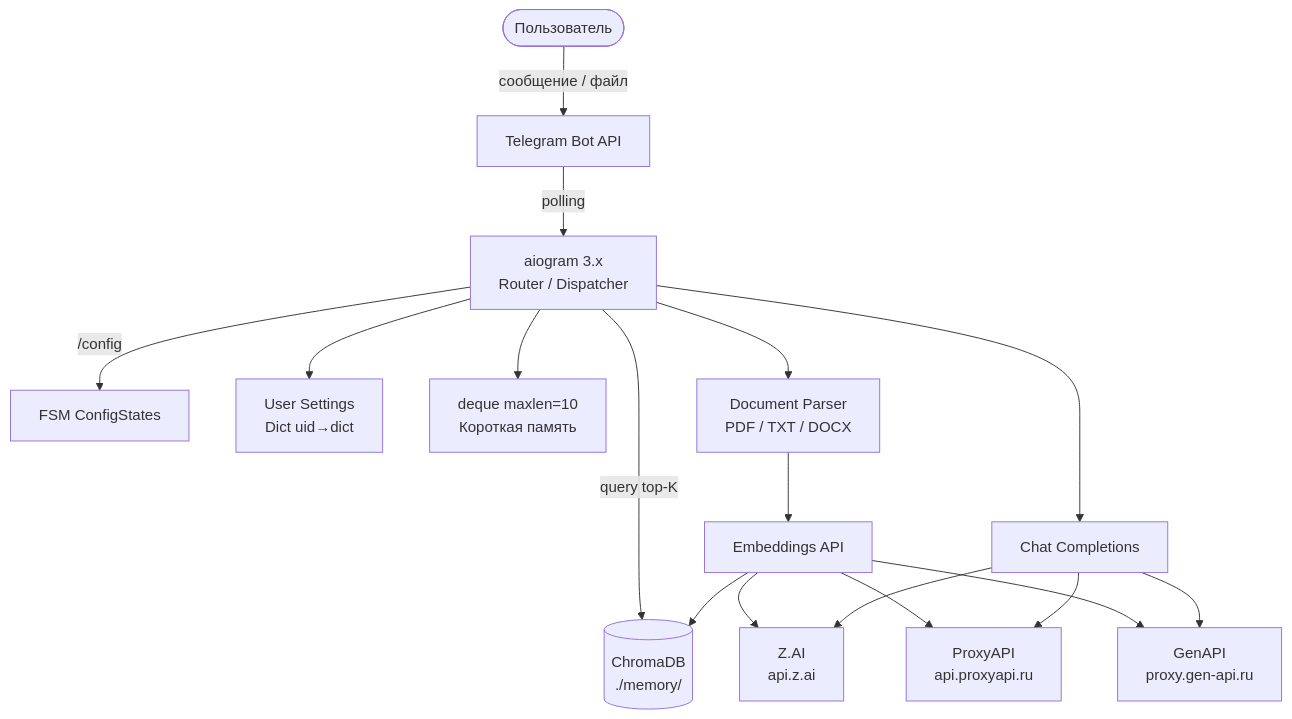
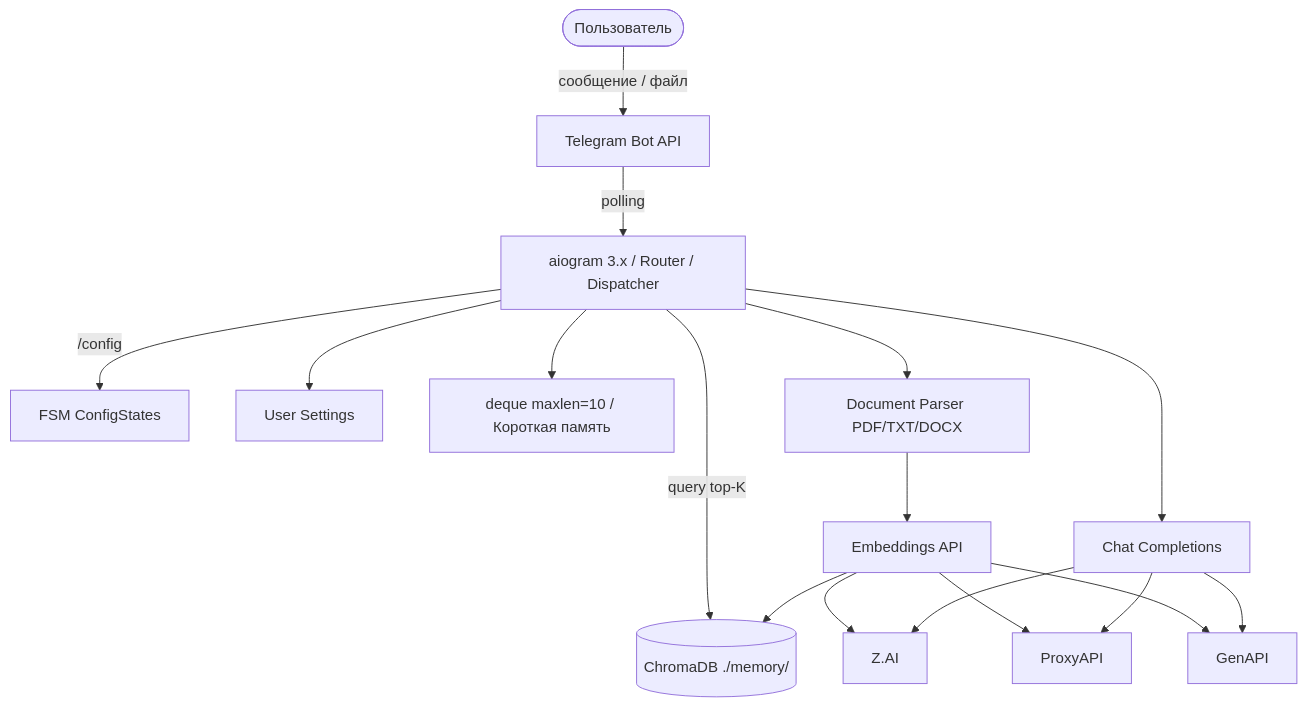
Before and after one commit to MatveiV/ShortLongMemoryBots: the first of 14 diagrams in README.md, drawn with Mermaid.

Commit message:
Fix diagram 1: quote node labels to fix render error

````diff
--- a/README.md
+++ b/README.md
@@ -180,21 +180,21 @@
 ```mermaid
 graph TD
-    User([Пользователь]) -->|сообщение / файл| TG[Telegram Bot API]
-    TG -->|polling| AIOGRAM[aiogram 3.x\nRouter / Dispatcher]
+    User(["Пользователь"]) -->|"сообщение / файл"| TG["Telegram Bot API"]
+    TG -->|polling| AIOGRAM["aiogram 3.x / Router / Dispatcher"]
 
-    AIOGRAM -->|/config| FSM[FSM ConfigStates]
-    AIOGRAM --> SETTINGS[User Settings\nDict uid→dict]
-    AIOGRAM --> DEQUE[deque maxlen=10\nКороткая память]
-    AIOGRAM --> PARSER[Document Parser\nPDF / TXT / DOCX]
-    PARSER --> EMBED[Embeddings API]
-    EMBED --> CHROMA[(ChromaDB\n./memory/)]
-    AIOGRAM -->|query top-K| CHROMA
-    AIOGRAM --> LLM[Chat Completions]
+    AIOGRAM -->|"/config"| FSM["FSM ConfigStates"]
+    AIOGRAM --> SETTINGS["User Settings"]
+    AIOGRAM --> DEQUE["deque maxlen=10 / Короткая память"]
+    AIOGRAM --> PARSER["Document Parser PDF/TXT/DOCX"]
+    PARSER --> EMBED["Embeddings API"]
+    EMBED --> CHROMA[("ChromaDB ./memory/")]
+    AIOGRAM -->|"query top-K"| CHROMA
+    AIOGRAM --> LLM["Chat Completions"]
 
-    LLM --> ZAI[Z.AI\napi.z.ai]
-    LLM --> PROXY[ProxyAPI\napi.proxyapi.ru]
-    LLM --> GEN[GenAPI\nproxy.gen-api.ru]
+    LLM --> ZAI["Z.AI"]
+    LLM --> PROXY["ProxyAPI"]
+    LLM --> GEN["GenAPI"]
     EMBED --> ZAI
     EMBED --> PROXY
     EMBED --> GEN
 ```
````
